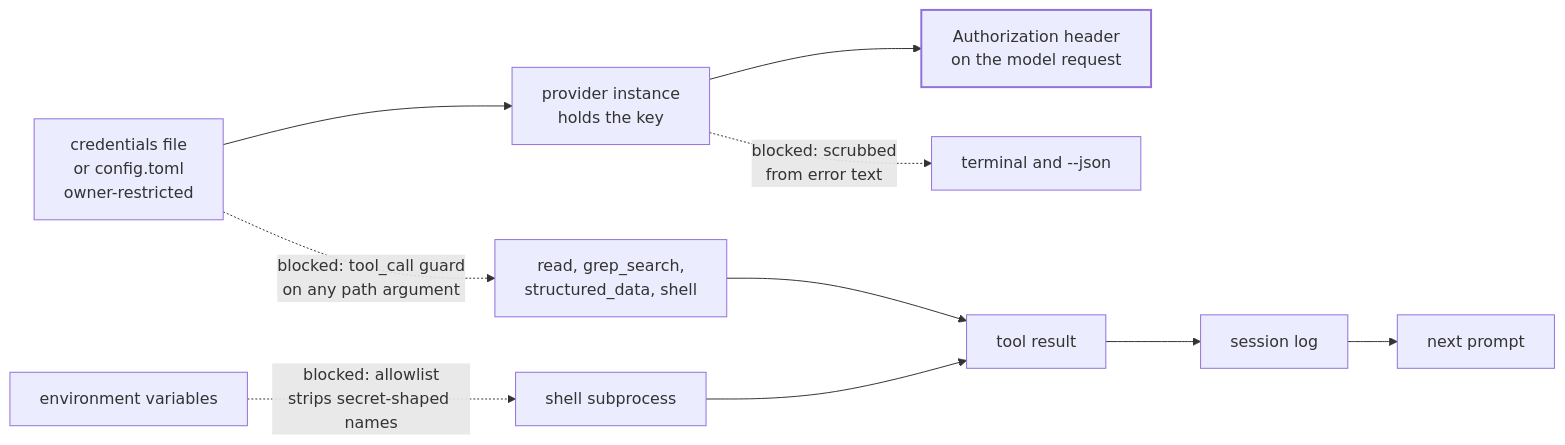
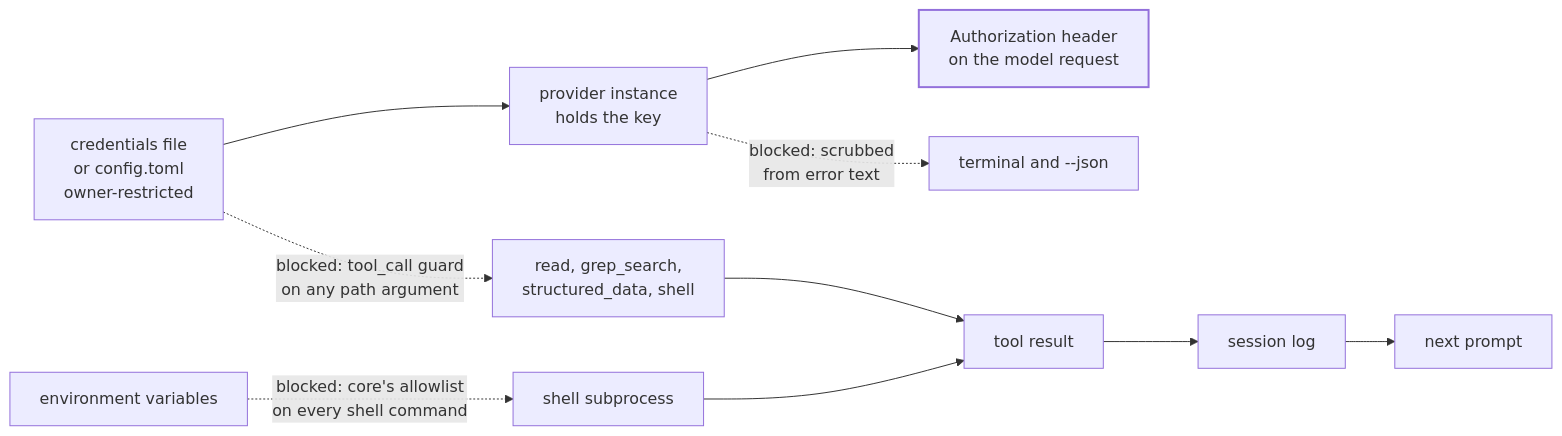
One commit to opscontinuum/picoagent changed the second of 2 diagrams in docs/security/trust-boundaries.md. Above: the diagram before and after it, drawn with Mermaid. The commit also changed other lines of this file and 94 other files, not shown here.

First line of the commit message:
Close two rounds of architecture-review findings, adversarially verified (#25)

````diff
--- a/docs/security/trust-boundaries.md
+++ b/docs/security/trust-boundaries.md
@@ -90,17 +464,17 @@
 ```mermaid
 flowchart LR
     store["credentials file<br/>or config.toml<br/>owner-restricted"] --> prov["provider instance<br/>holds the key"]
     prov --> hdr["Authorization header<br/>on the model request"]
 
     prov -.->|blocked: scrubbed<br/>from error text| errs["terminal and --json"]
     store -.->|blocked: tool_call guard<br/>on any path argument| tools["read, grep_search,<br/>structured_data, shell"]
-    env["environment variables"] -.->|blocked: allowlist<br/>strips secret-shaped names| sub["shell subprocess"]
+    env["environment variables"] -.->|blocked: core's allowlist<br/>on every shell command| sub["shell subprocess"]
 
     tools --> res["tool result"]
     sub --> res
     res --> sess["session log"]
     sess --> prompt["next prompt"]
 
     classDef ok stroke-width:2px
     class hdr ok
 ```
````
